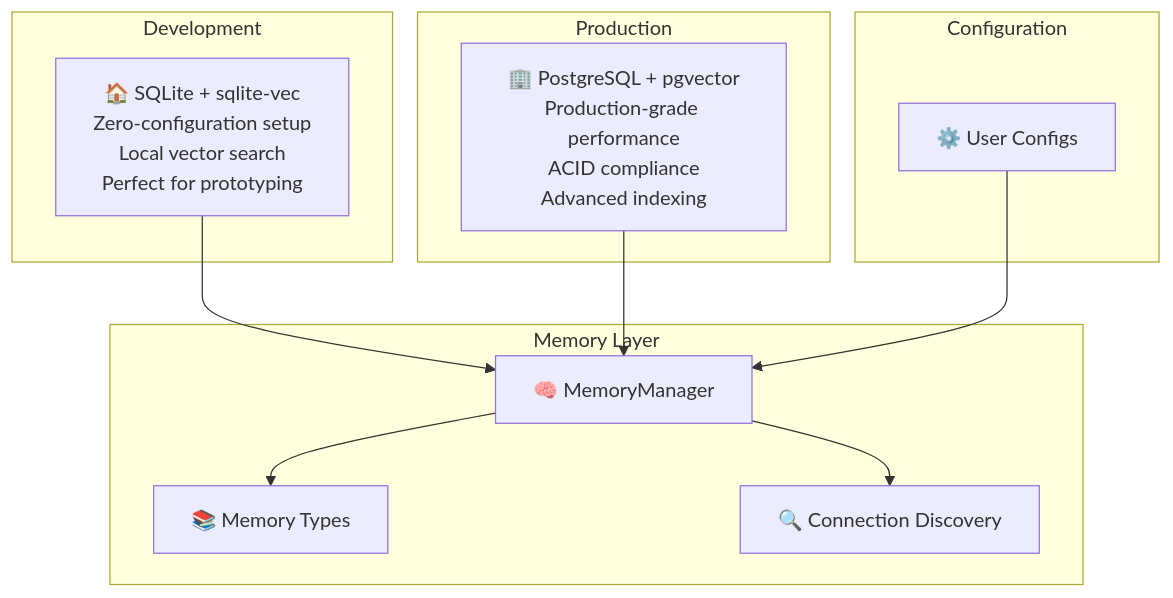
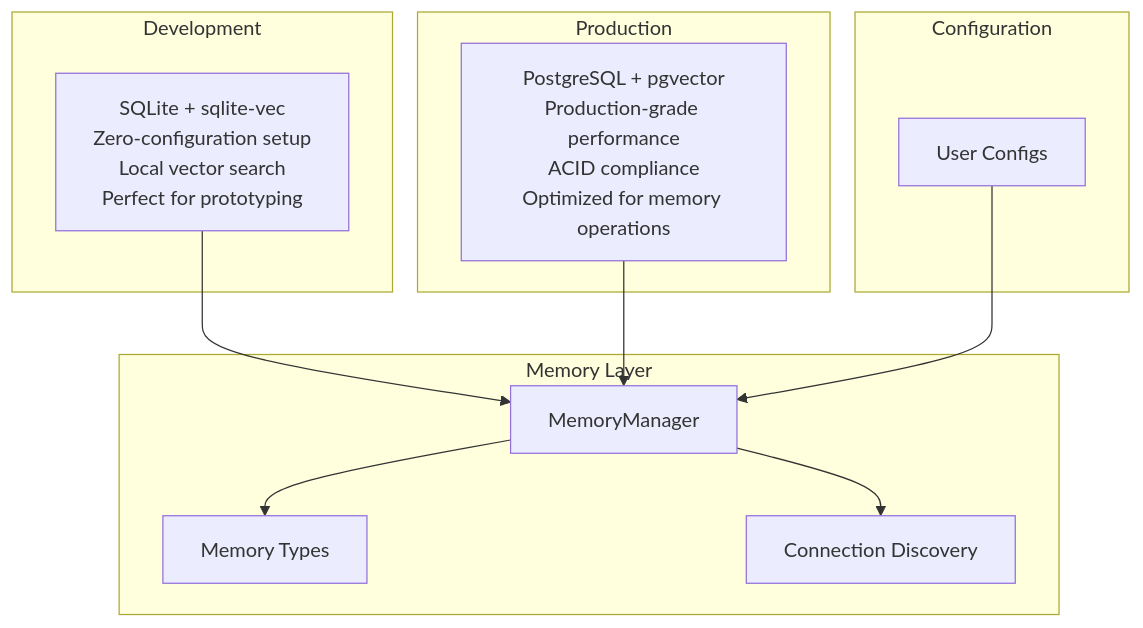
One commit to AgentDock/AgentDock changed the second of 2 diagrams in docs/memory/README.md. Above: the diagram before and after it, drawn with Mermaid. The commit also changed other lines of this file and 5 other files, not shown here.

````diff
--- a/docs/memory/README.md
+++ b/docs/memory/README.md
@@ -62,26 +105,26 @@
 ```mermaid
 graph TB
     subgraph "Development"
-        A["🏠 SQLite + sqlite-vec<br/>Zero-configuration setup<br/>Local vector search<br/>Perfect for prototyping"]
+        A["SQLite + sqlite-vec<br/>Zero-configuration setup<br/>Local vector search<br/>Perfect for prototyping"]
     end
     
     subgraph "Production"
-        B["🏢 PostgreSQL + pgvector<br/>Production-grade performance<br/>ACID compliance<br/>Advanced indexing"]
+        B["PostgreSQL + pgvector<br/>Production-grade performance<br/>ACID compliance<br/>Optimized for memory operations"]
     end
     
     subgraph "Memory Layer"
-        C[🧠 MemoryManager]
-        D[📚 Memory Types]
-        E[🔍 Connection Discovery]
+        C["MemoryManager"]
+        D["Memory Types"]
+        E["Connection Discovery"]
     end
     
     subgraph "Configuration"
-        F[⚙️ User Configs]
+        F["User Configs"]
     end
     
     A --> C
     B --> C
     C --> D
     C --> E
     F --> C
 ```
````
